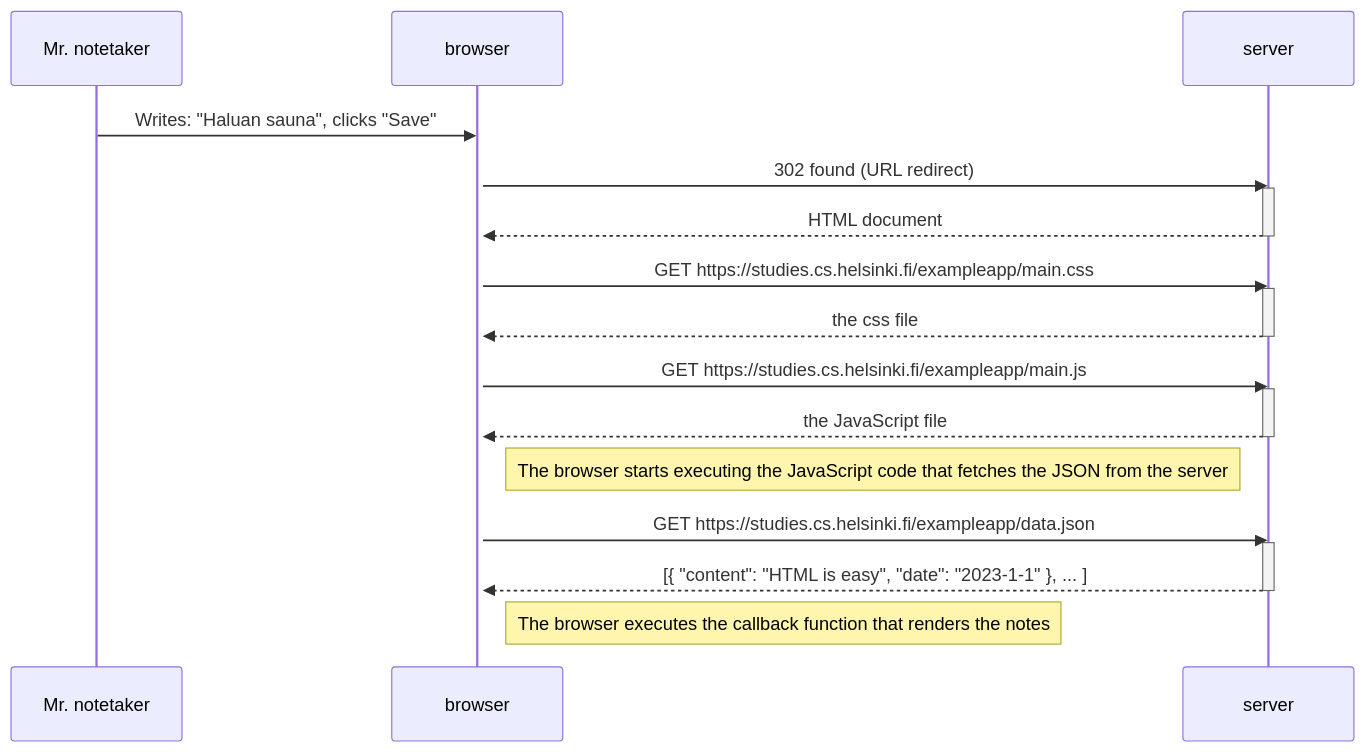
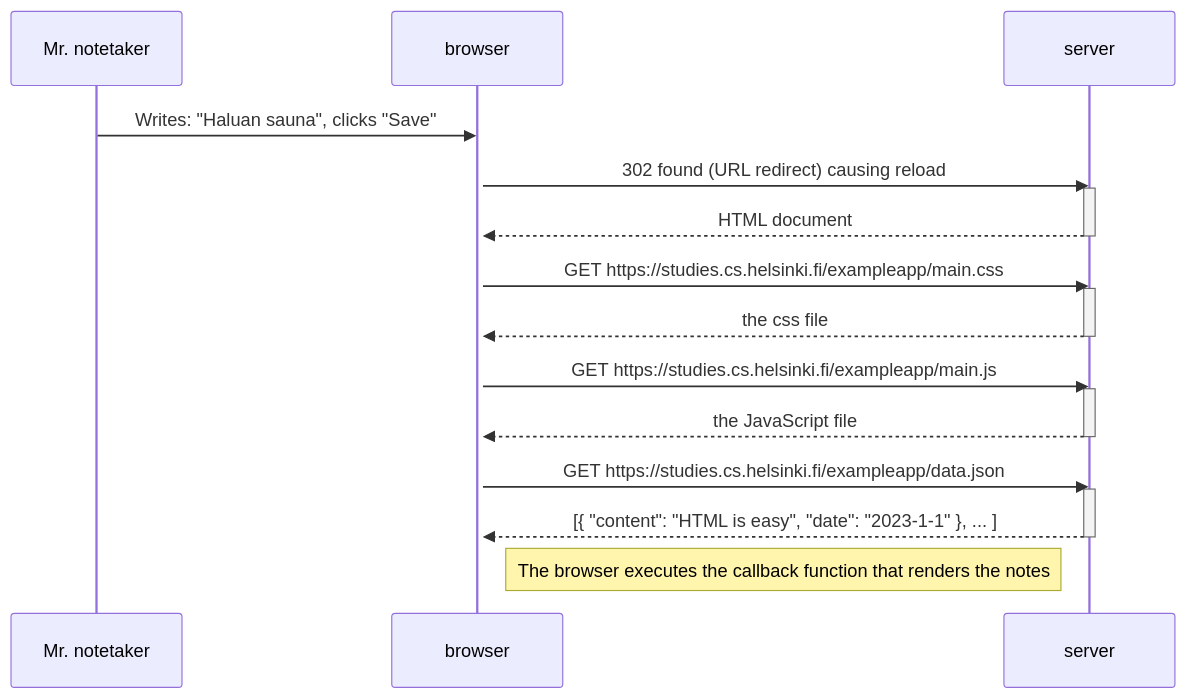
The diagram in part0/diagram.md (haavardmk/fullstackopen), drawn with Mermaid before and after one commit.

````diff
--- a/part0/diagram.md
+++ b/part0/diagram.md
@@ -1,32 +1,31 @@
 ```mermaid
 sequenceDiagram
     participant Mr. notetaker
     participant browser
     participant server
 
     Mr. notetaker->>browser: Writes: "Haluan sauna", clicks "Save"
     activate browser
-    browser->>server: 302 found (URL redirect) 
+    browser->>server: 302 found (URL redirect) causing reload
     activate server
     server-->>browser: HTML document
     deactivate server
 
     browser->>server: GET https://studies.cs.helsinki.fi/exampleapp/main.css
     activate server
     server-->>browser: the css file
     deactivate server
 
     browser->>server: GET https://studies.cs.helsinki.fi/exampleapp/main.js
     activate server
     server-->>browser: the JavaScript file
     deactivate server
 
-    Note right of browser: The browser starts executing the JavaScript code that fetches the JSON from the server
 
     browser->>server: GET https://studies.cs.helsinki.fi/exampleapp/data.json
     activate server
     server-->>browser: [{ "content": "HTML is easy", "date": "2023-1-1" }, ... ]
     deactivate server
 
     Note right of browser: The browser executes the callback function that renders the notes
 ```
````
